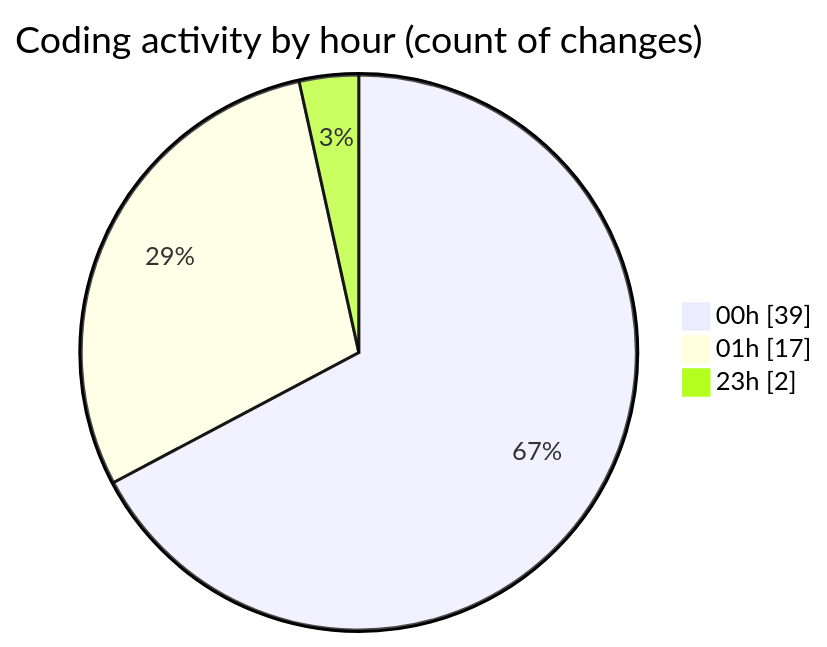
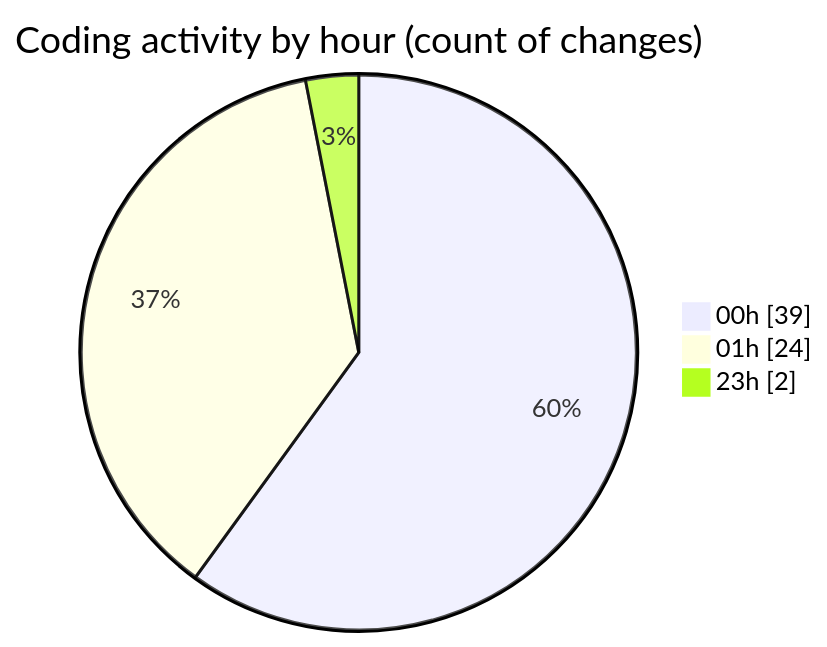
Before and after one commit to julien-gomy/code-tracking: the second of 2 diagrams in 2025-10-10/eventscop-frontend-guide__workspace_/README.md, drawn with Mermaid. The commit also changed other lines of this file and 1 other file, not shown here.

````diff
--- a/2025-10-10/eventscop-frontend-guide__workspace_/README.md
+++ b/2025-10-10/eventscop-frontend-guide__workspace_/README.md
@@ -32,7 +34,7 @@
 ```mermaid
 pie showData
 title Coding activity by hour (count of changes)
 "00h" : 39
-"01h" : 17
+"01h" : 24
 "23h" : 2
 ```
````
